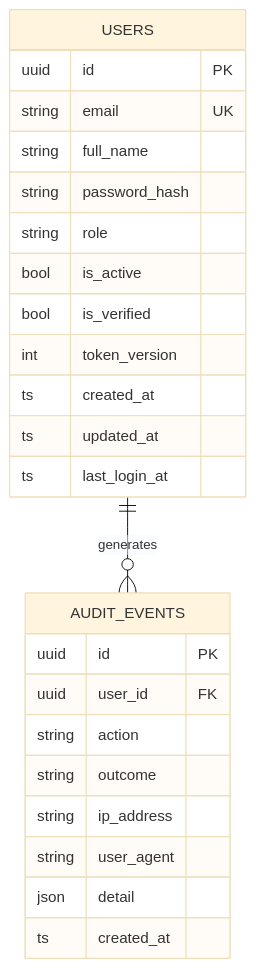
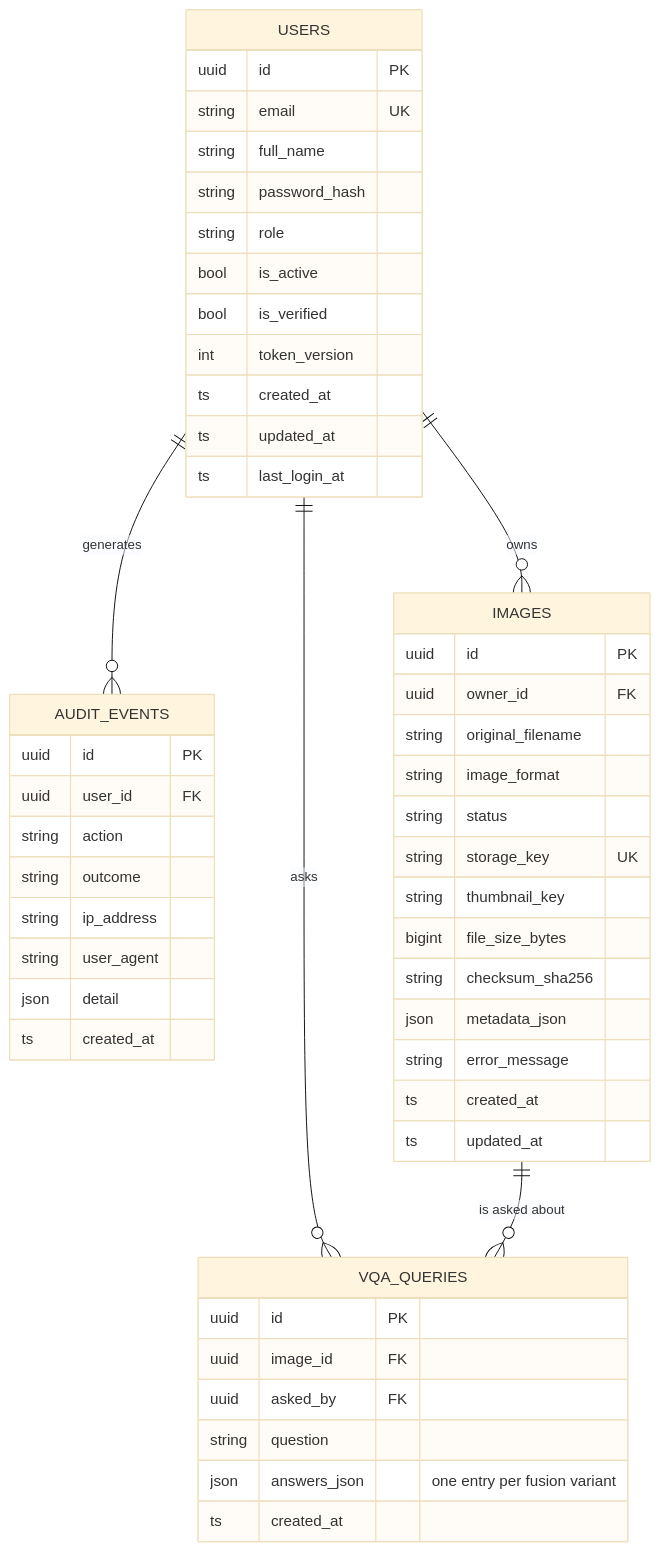
Before and after one commit to iamadhitya1/geovision-gpt: the fourth of 5 diagrams in docs/00-architecture.md, drawn with Mermaid (base theme). The commit also changed other lines of this file and 28 other files, not shown here.

````diff
--- a/docs/00-architecture.md
+++ b/docs/00-architecture.md
@@ -187,27 +193,53 @@
 ```mermaid
 erDiagram
     USERS {
         uuid   id PK
         string email UK
         string full_name
         string password_hash
         string role
         bool   is_active
         bool   is_verified
         int    token_version
         ts     created_at
         ts     updated_at
         ts     last_login_at
     }
     AUDIT_EVENTS {
         uuid   id PK
         uuid   user_id FK
         string action
         string outcome
         string ip_address
         string user_agent
         json   detail
         ts     created_at
     }
+    IMAGES {
+        uuid   id PK
+        uuid   owner_id FK
+        string original_filename
+        string image_format
+        string status
+        string storage_key UK
+        string thumbnail_key
+        bigint file_size_bytes
+        string checksum_sha256
+        json   metadata_json
+        string error_message
+        ts     created_at
+        ts     updated_at
+    }
+    VQA_QUERIES {
+        uuid   id PK
+        uuid   image_id FK
+        uuid   asked_by FK
+        string question
+        json   answers_json "one entry per fusion variant"
+        ts     created_at
+    }
     USERS ||--o{ AUDIT_EVENTS : "generates"
+    USERS ||--o{ IMAGES : "owns"
+    USERS ||--o{ VQA_QUERIES : "asks"
+    IMAGES ||--o{ VQA_QUERIES : "is asked about"
 ```
````
